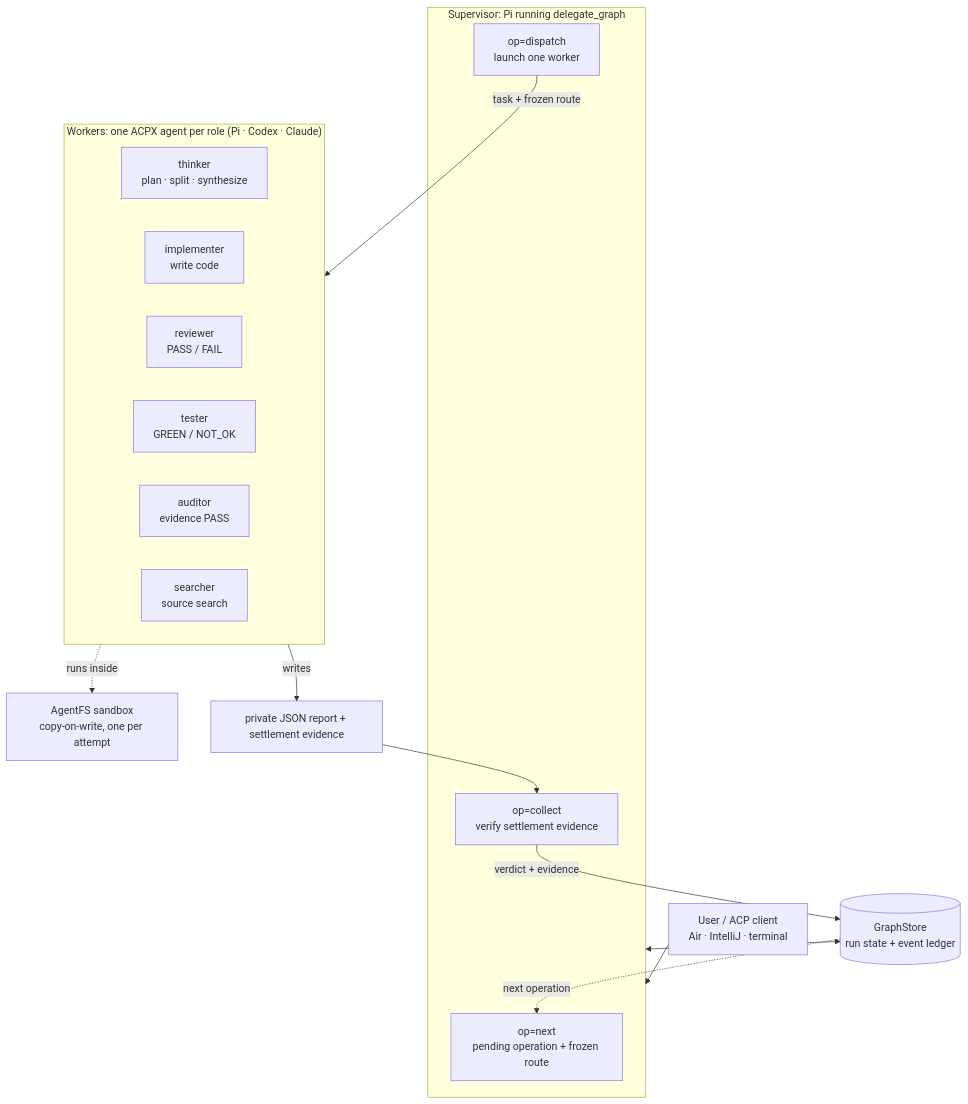
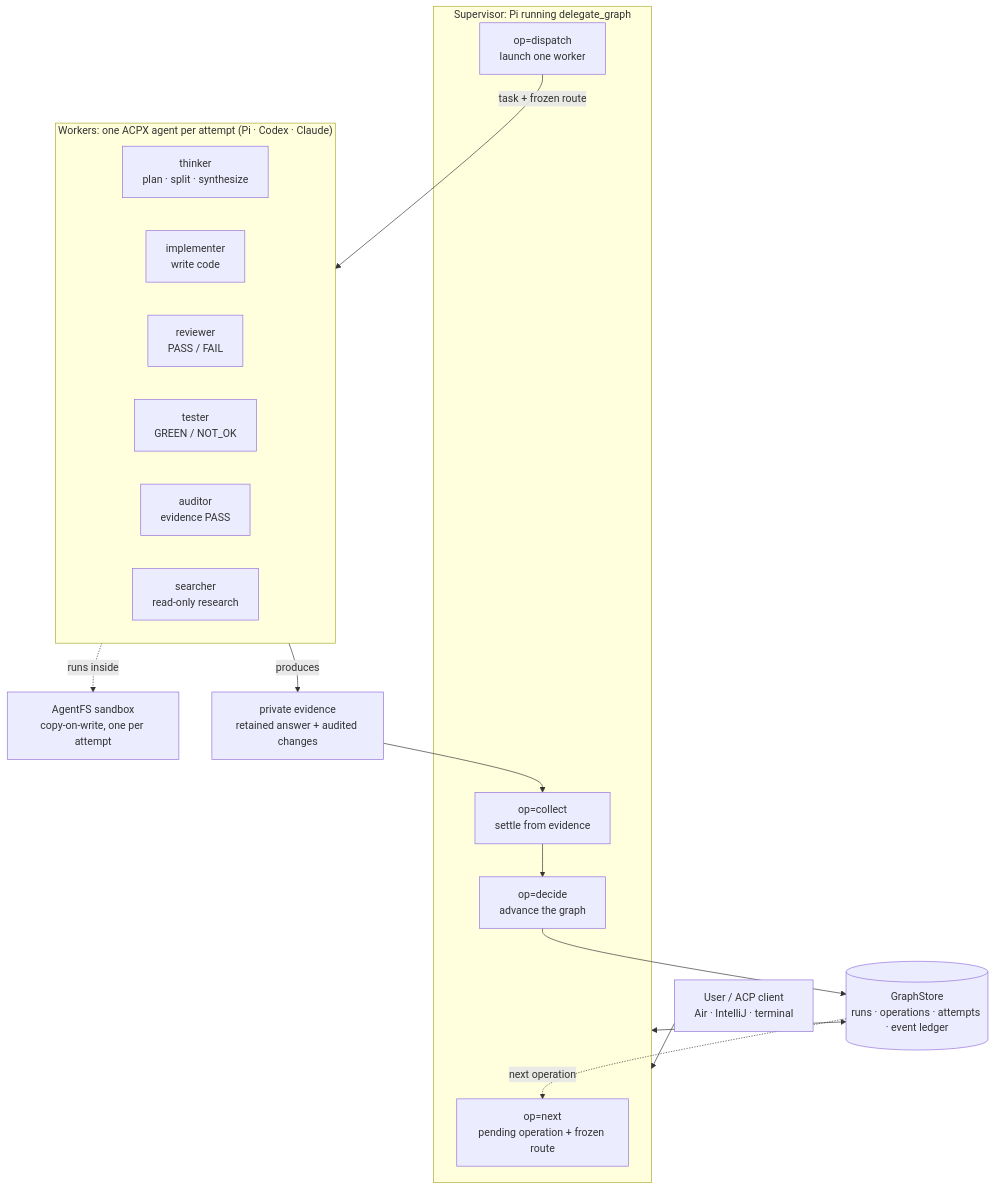
Before and after one commit to Deviad/pi-agent-wave: the first of 2 diagrams in README.md, drawn with Mermaid. The commit also changed other lines of this file and 131 other files, not shown here.

````diff
--- a/README.md
+++ b/README.md
@@ -21,33 +21,35 @@
 ```mermaid
 flowchart TB
     user["User / ACP client<br/>Air · IntelliJ · terminal"]
 
     subgraph SUP["Supervisor: Pi running delegate_graph"]
         next["op=next<br/>pending operation + frozen route"]
         dispatch["op=dispatch<br/>launch one worker"]
-        collect["op=collect<br/>verify settlement evidence"]
+        collect["op=collect<br/>settle from evidence"]
+        decide["op=decide<br/>advance the graph"]
     end
 
-    ledger[("GraphStore<br/>run state + event ledger")]
+    ledger[("GraphStore<br/>runs · operations · attempts · event ledger")]
 
-    subgraph WORK["Workers: one ACPX agent per role (Pi · Codex · Claude)"]
+    subgraph WORK["Workers: one ACPX agent per attempt (Pi · Codex · Claude)"]
         thinker["thinker<br/>plan · split · synthesize"]
         impl["implementer<br/>write code"]
         rev["reviewer<br/>PASS / FAIL"]
         test["tester<br/>GREEN / NOT_OK"]
         aud["auditor<br/>evidence PASS"]
-        search["searcher<br/>source search"]
+        search["searcher<br/>read-only research"]
     end
 
     fs["AgentFS sandbox<br/>copy-on-write, one per attempt"]
-    report["private JSON report + settlement evidence"]
+    evidence["private evidence<br/>retained answer + audited changes"]
 
     user --> SUP
     SUP <--> ledger
     dispatch -->|"task + frozen route"| WORK
     WORK -.->|"runs inside"| fs
-    WORK -->|"writes"| report
-    report --> collect
-    collect -->|"verdict + evidence"| ledger
+    WORK -->|"produces"| evidence
+    evidence --> collect
+    collect --> decide
+    decide --> ledger
     ledger -.->|"next operation"| next
 ```
````
